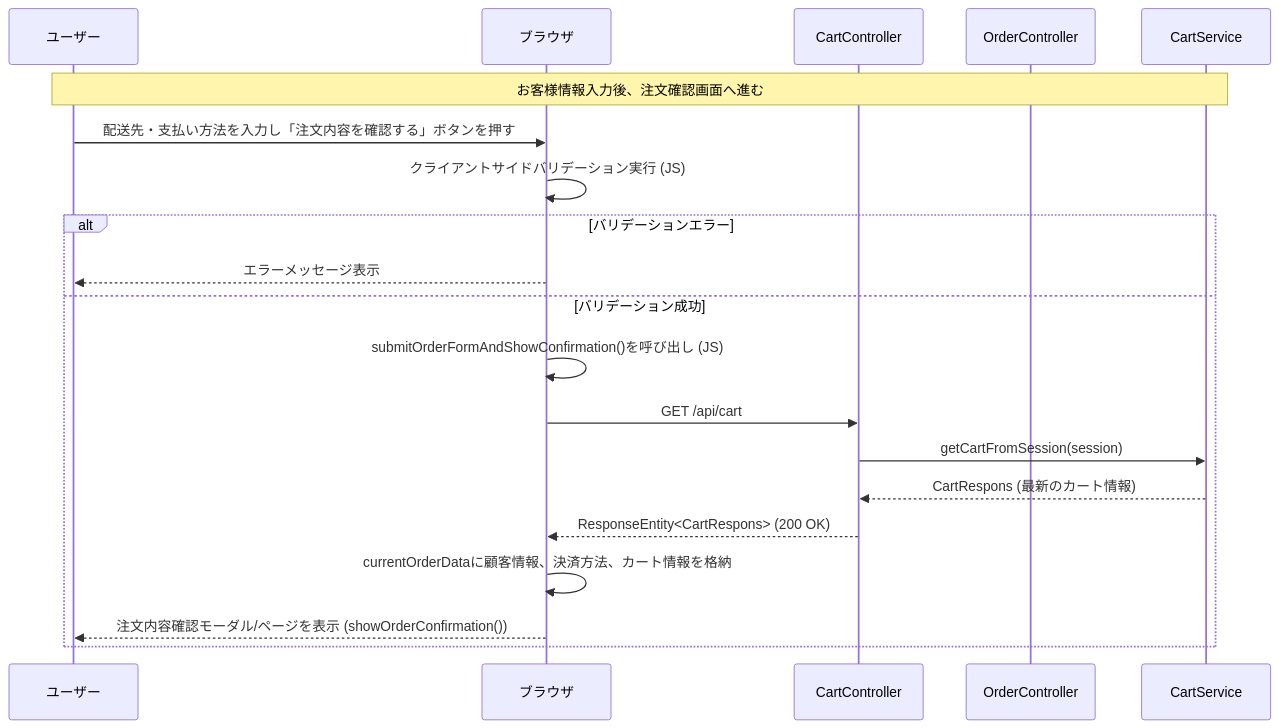
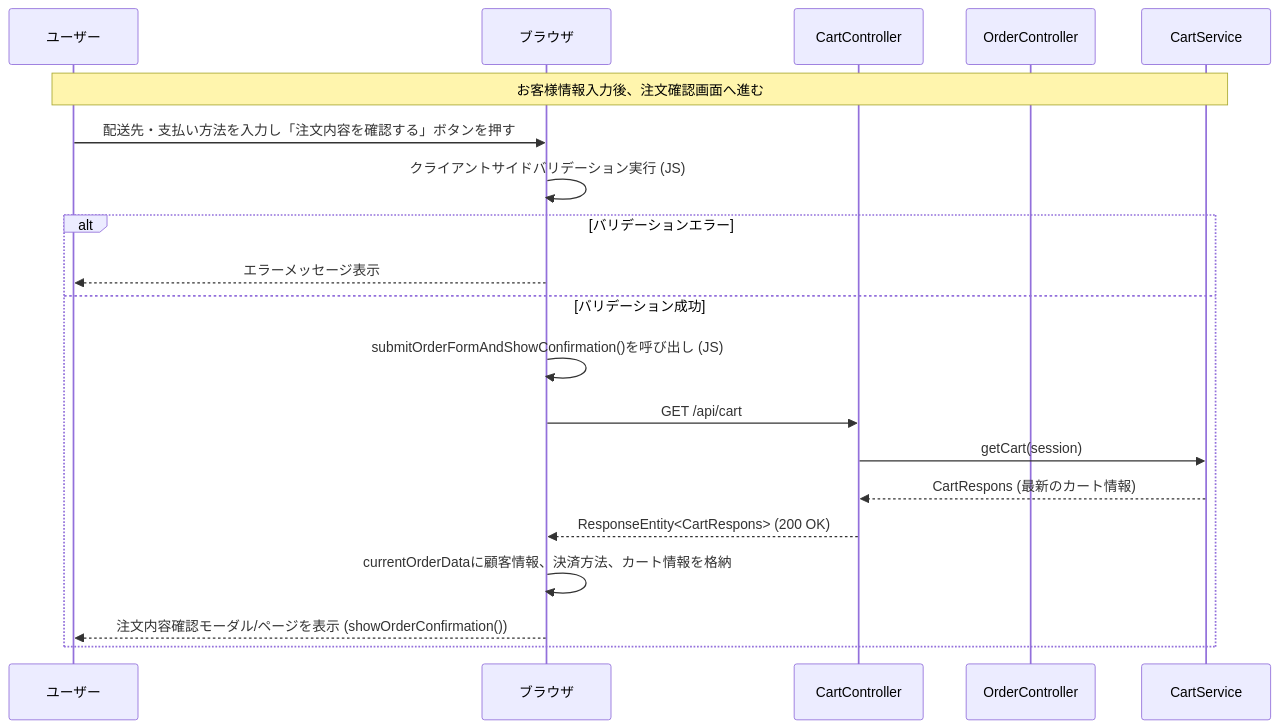
Diagram 11 of 22 in 詳細設計/詳細設計書_v3.md (shogomaeda758/Bacon), drawn with Mermaid before and after one commit. The commit also changed other lines of this file, not shown here.

````diff
--- a/詳細設計/詳細設計書_v3.md
+++ b/詳細設計/詳細設計書_v3.md
@@ -473,23 +471,23 @@
 ```mermaid
 sequenceDiagram
     participant U as ユーザー
     participant B as ブラウザ
     participant CC as CartController
     participant OC as OrderController
     participant CS as CartService
 
     Note over U,CS: お客様情報入力後、注文確認画面へ進む
     U->>B: 配送先・支払い方法を入力し「注文内容を確認する」ボタンを押す
     B->>B: クライアントサイドバリデーション実行 (JS)
     alt バリデーションエラー
         B-->>U: エラーメッセージ表示
     else バリデーション成功
         B->>B: submitOrderFormAndShowConfirmation()を呼び出し (JS)
         B->>CC: GET /api/cart
-        CC->>CS: getCartFromSession(session)
+        CC->>CS: getCart(session)
         CS-->>CC: CartRespons (最新のカート情報)
         CC-->>B: ResponseEntity<CartRespons> (200 OK)
         B->>B: currentOrderDataに顧客情報、決済方法、カート情報を格納
         B-->>U: 注文内容確認モーダル/ページを表示 (showOrderConfirmation())
     end
 ```
````
